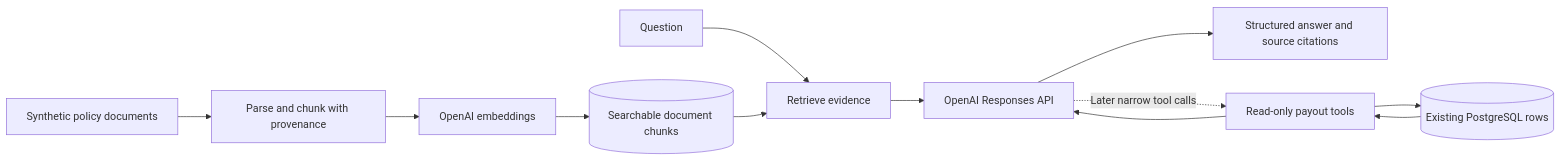
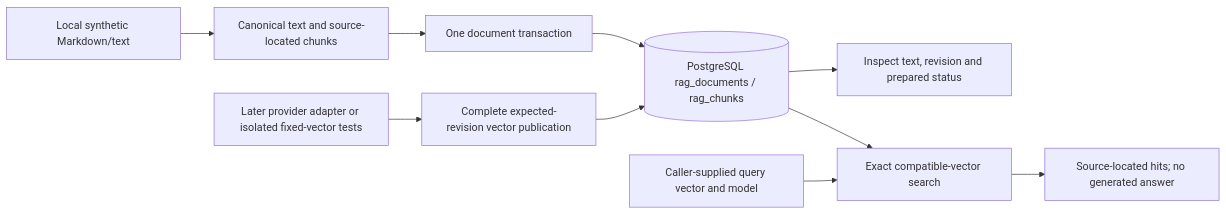
Before and after one commit to hhhhhusky777/claims-data-lab: the first of 2 diagrams in .github/spec-driven-delivery/solution-whiteboard.md, drawn with Mermaid. The commit also changed other lines of this file, not shown here.

Commit message:
Define Phase 3A offline document and pgvector foundation design

````diff
--- a/.github/spec-driven-delivery/solution-whiteboard.md
+++ b/.github/spec-driven-delivery/solution-whiteboard.md
@@ -41,14 +93,12 @@
 ```mermaid
 flowchart LR
-    D[Synthetic policy documents] --> C[Parse and chunk with provenance]
-    C --> E[OpenAI embeddings]
-    E --> V[(Searchable document chunks)]
-    Q[Question] --> R[Retrieve evidence]
-    V --> R
-    R --> G[OpenAI Responses API]
-    G --> A[Structured answer and source citations]
-    G -. Later narrow tool calls .-> T[Read-only payout tools]
-    T --> P[(Existing PostgreSQL rows)]
-    P --> T
-    T --> G
+    F[Local synthetic Markdown/text] --> P[Canonical text and source-located chunks]
+    P --> T[One document transaction]
+    T --> DB[(PostgreSQL rag_documents / rag_chunks)]
+    DB --> I[Inspect text, revision and prepared status]
+    L[Later provider adapter or isolated fixed-vector tests] --> V[Complete expected-revision vector publication]
+    V --> DB
+    Q[Caller-supplied query vector and model] --> S[Exact compatible-vector search]
+    DB --> S
+    S --> H[Source-located hits; no generated answer]
 ```
````
